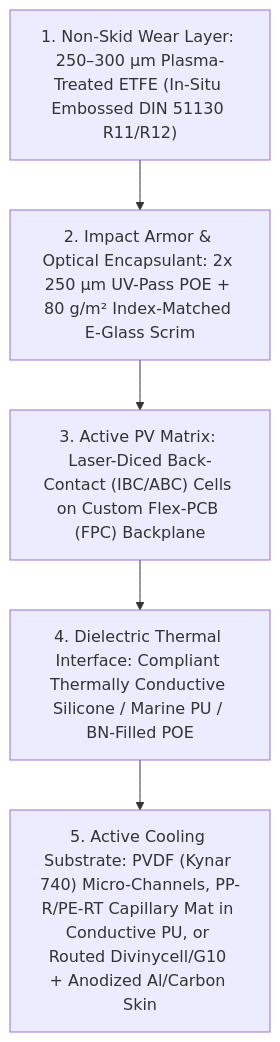
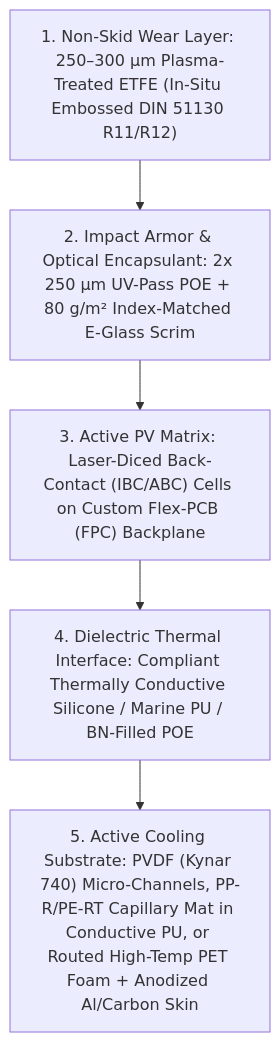
Before and after one commit to boats-boats-boats/helio-strake: the diagram in README.md, drawn with Mermaid. The commit also changed other lines of this file and 3 other files, not shown here.

Commit message:
Add sourcing-and-bom-guide.md & update PET foam sealing, G10 rigidity, and Mold Max 60 specs

````diff
--- a/README.md
+++ b/README.md
@@ -26,10 +26,10 @@
 ```mermaid
 flowchart TD
     L1["1. Non-Skid Wear Layer: 250–300 µm Plasma-Treated ETFE (In-Situ Embossed DIN 51130 R11/R12)"]
     L2["2. Impact Armor & Optical Encapsulant: 2x 250 µm UV-Pass POE + 80 g/m² Index-Matched E-Glass Scrim"]
     L3["3. Active PV Matrix: Laser-Diced Back-Contact (IBC/ABC) Cells on Custom Flex-PCB (FPC) Backplane"]
     L4["4. Dielectric Thermal Interface: Compliant Thermally Conductive Silicone / Marine PU / BN-Filled POE"]
-    L5["5. Active Cooling Substrate: PVDF (Kynar 740) Micro-Channels, PP-R/PE-RT Capillary Mat in Conductive PU, or Routed Divinycell/G10 + Anodized Al/Carbon Skin"]
+    L5["5. Active Cooling Substrate: PVDF (Kynar 740) Micro-Channels, PP-R/PE-RT Capillary Mat in Conductive PU, or Routed High-Temp PET Foam + Anodized Al/Carbon Skin"]
 
     L1 --> L2 --> L3 --> L4 --> L5
 ```
````
